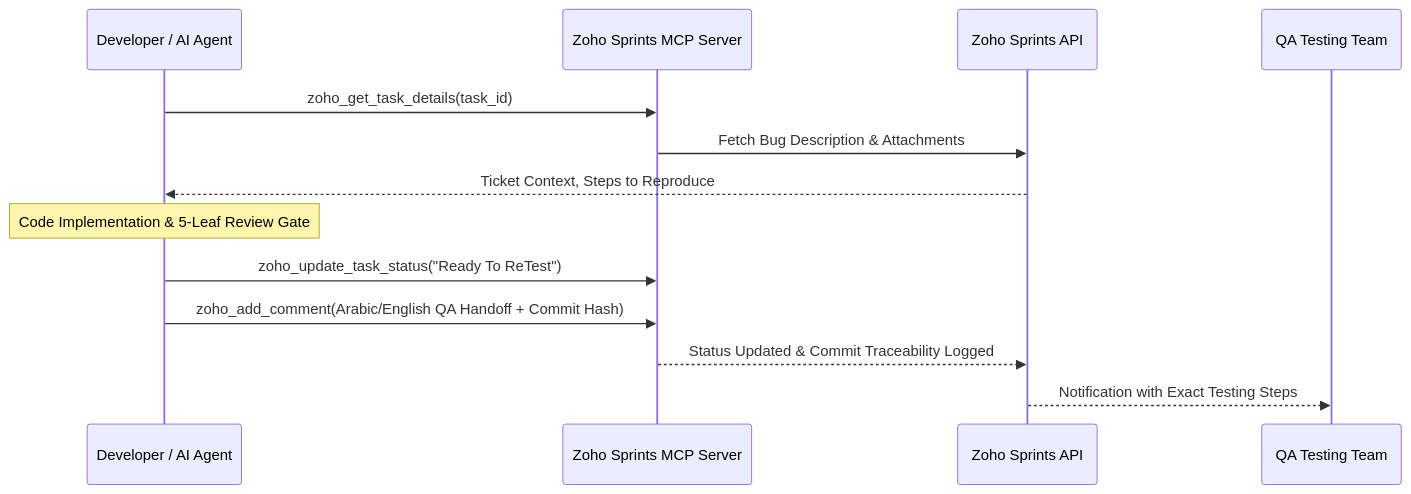
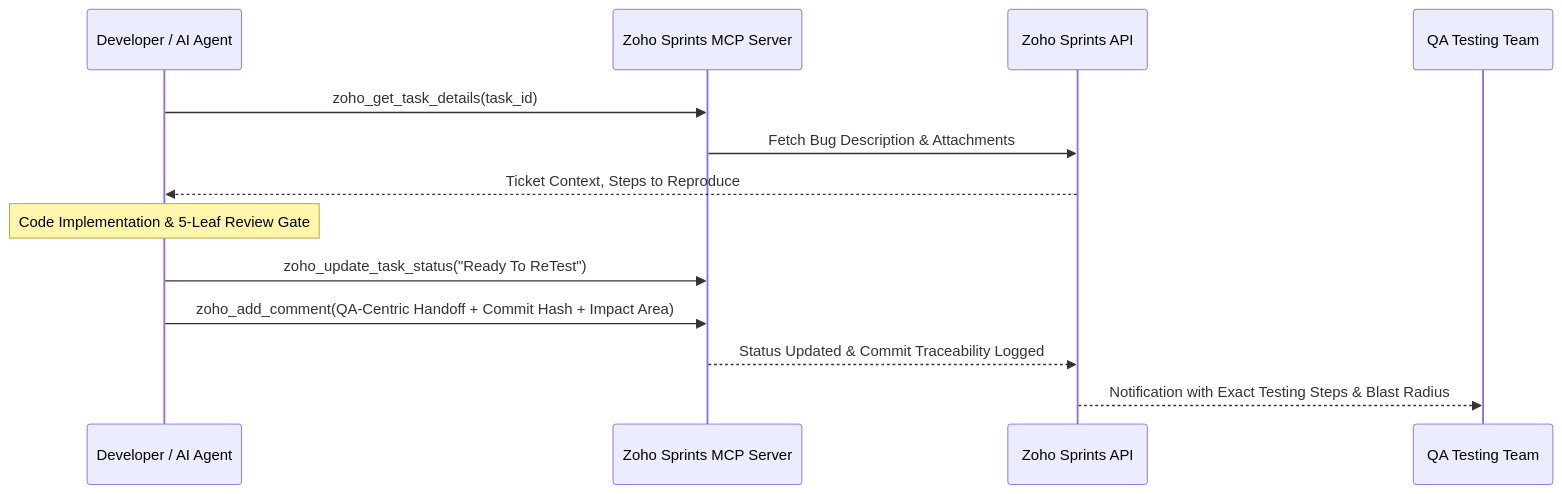
Before and after one commit to rabee-elkholy/android-agent-harness: the second of 2 diagrams in README.md, drawn with Mermaid. The commit also changed other lines of this file and 3 other files, not shown here.

````diff
--- a/README.md
+++ b/README.md
@@ -363,16 +363,16 @@
 ```mermaid
 sequenceDiagram
     participant Dev as Developer / AI Agent
     participant MCP as Zoho Sprints MCP Server
     participant Zoho as Zoho Sprints API
     participant QA as QA Testing Team
 
     Dev->>MCP: zoho_get_task_details(task_id)
     MCP->>Zoho: Fetch Bug Description & Attachments
     Zoho-->>Dev: Ticket Context, Steps to Reproduce
     Note over Dev: Code Implementation & 5-Leaf Review Gate
     Dev->>MCP: zoho_update_task_status("Ready To ReTest")
-    Dev->>MCP: zoho_add_comment(Arabic/English QA Handoff + Commit Hash)
+    Dev->>MCP: zoho_add_comment(QA-Centric Handoff + Commit Hash + Impact Area)
     MCP-->>Zoho: Status Updated & Commit Traceability Logged
-    Zoho-->>QA: Notification with Exact Testing Steps
+    Zoho-->>QA: Notification with Exact Testing Steps & Blast Radius
 ```
````
